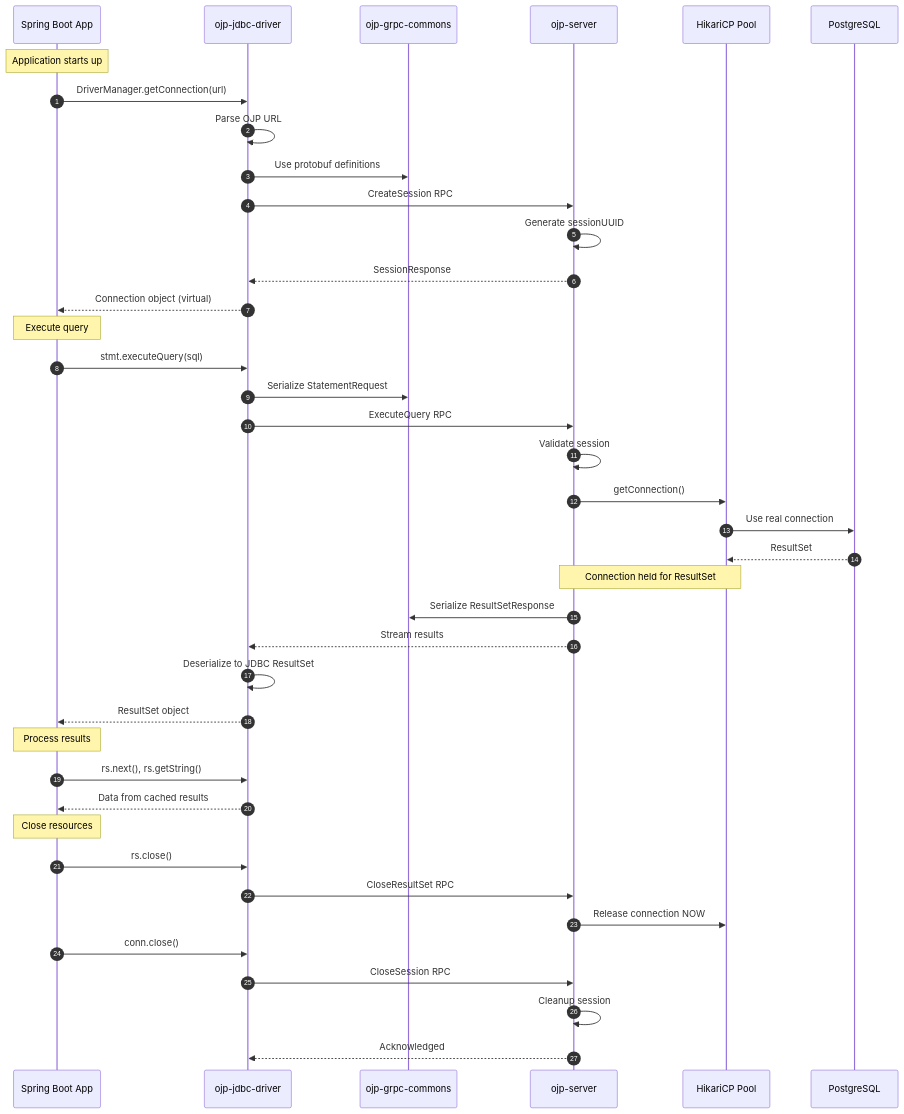
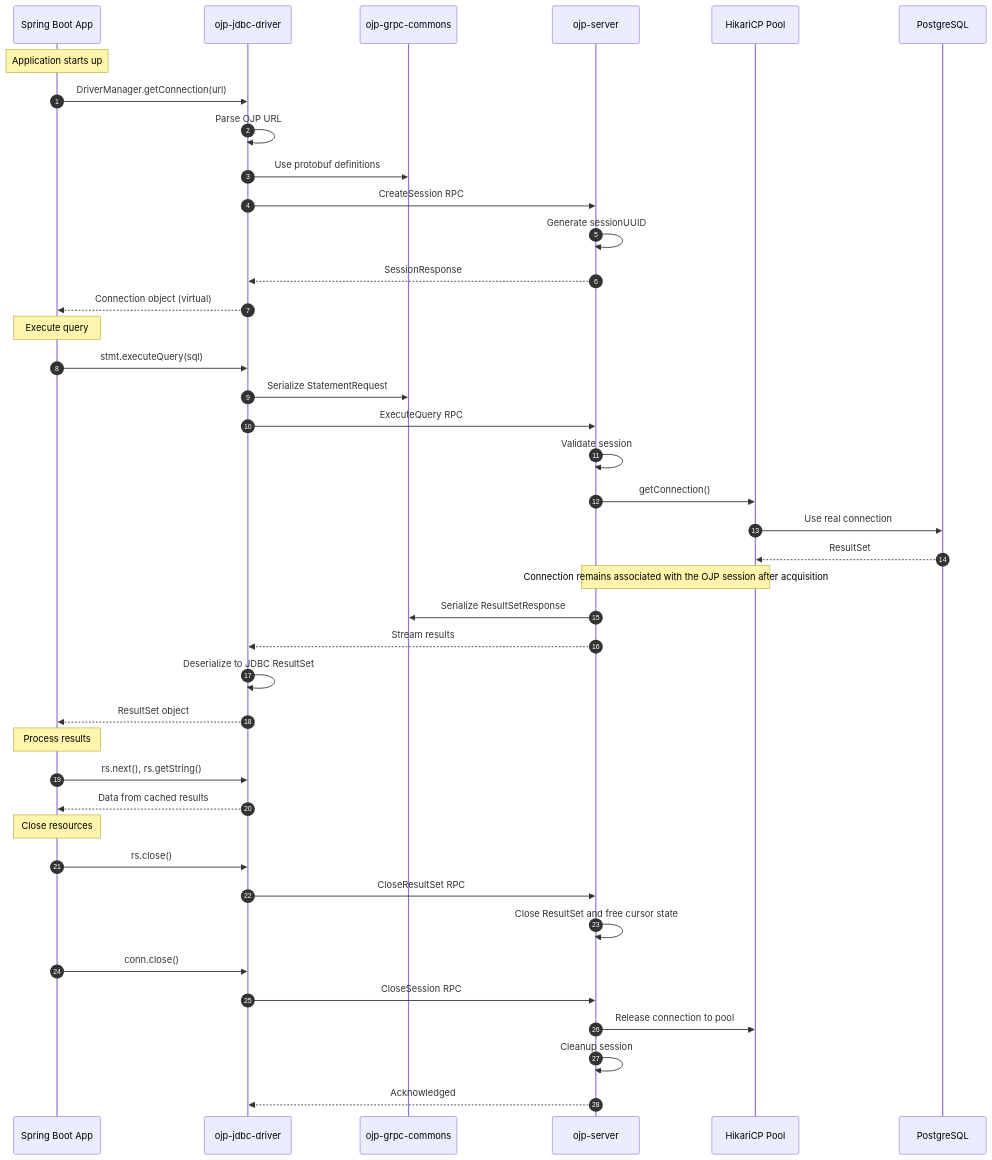
Before and after one commit to Open-JDBC-Proxy/ojp: diagram 16 of 19 in documents/ebook/part1-chapter2-architecture.md, drawn with Mermaid. The commit also changed 4 other files, not shown here.

````diff
--- a/documents/ebook/part1-chapter2-architecture.md
+++ b/documents/ebook/part1-chapter2-architecture.md
@@ -987,46 +987,47 @@
 ```mermaid
 sequenceDiagram
     autonumber
     participant App as Spring Boot App
     participant Driver as ojp-jdbc-driver
     participant Commons as ojp-grpc-commons
     participant Server as ojp-server
     participant HikariCP as HikariCP Pool
     participant DB as PostgreSQL
 
     Note over App: Application starts up
     App->>Driver: DriverManager.getConnection(url)
     Driver->>Driver: Parse OJP URL
     Driver->>Commons: Use protobuf definitions
     Driver->>Server: CreateSession RPC
     Server->>Server: Generate sessionUUID
     Server-->>Driver: SessionResponse
     Driver-->>App: Connection object (virtual)
     
     Note over App: Execute query
     App->>Driver: stmt.executeQuery(sql)
     Driver->>Commons: Serialize StatementRequest
     Driver->>Server: ExecuteQuery RPC
     Server->>Server: Validate session
     Server->>HikariCP: getConnection()
     HikariCP->>DB: Use real connection
     DB-->>HikariCP: ResultSet
-    Note over HikariCP,Server: Connection held for ResultSet
+    Note over HikariCP,Server: Connection remains associated with the OJP session after acquisition
     Server->>Commons: Serialize ResultSetResponse
     Server-->>Driver: Stream results
     Driver->>Driver: Deserialize to JDBC ResultSet
     Driver-->>App: ResultSet object
     
     Note over App: Process results
     App->>Driver: rs.next(), rs.getString()
     Driver-->>App: Data from cached results
     
     Note over App: Close resources
     App->>Driver: rs.close()
     Driver->>Server: CloseResultSet RPC
-    Server->>HikariCP: Release connection NOW
+    Server->>Server: Close ResultSet and free cursor state
     App->>Driver: conn.close()
     Driver->>Server: CloseSession RPC
+    Server->>HikariCP: Release connection to pool
     Server->>Server: Cleanup session
     Server-->>Driver: Acknowledged
 ```
````
